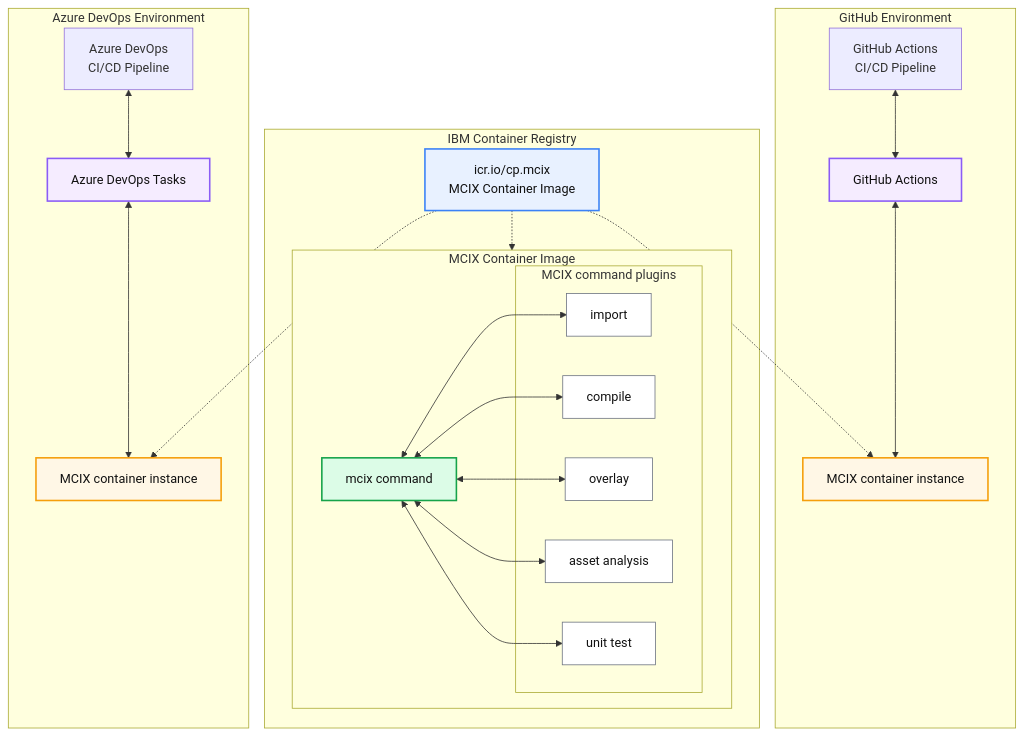
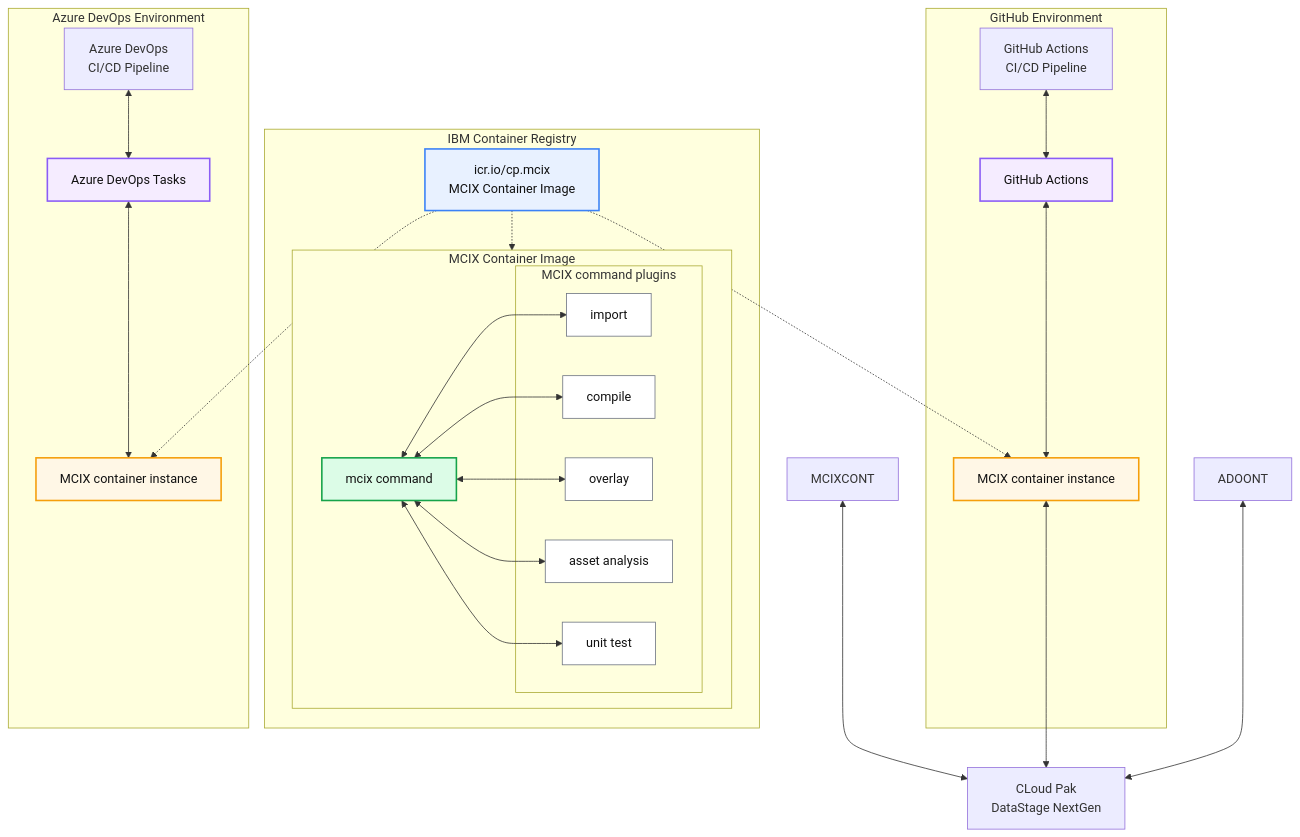
The diagram in ARCHITECTURE.md (MettleCI/mcix), drawn with Mermaid before and after one commit.

Commit message:
Add Cloud Pak DataStage NextGen to architecture diagram

````diff
--- a/ARCHITECTURE.md
+++ b/ARCHITECTURE.md
@@ -58,6 +58,8 @@
   MCIX <--> P4
   MCIX <--> P5
 
+  CPD["CLoud Pak<br/>DataStage NextGen"]
+
   %% =========================
   %% Azure DevOps environment
   %% =========================
@@ -78,5 +80,9 @@
   %% ADO Tooling references 
   ADOPIPE <--> ADOT
   ADOT <--> ADOCONT
+  MCIXCONT <--> CPD
+
+  GHCONT <--> CPD
+  ADOONT <--> CPD
 
 ```
````
